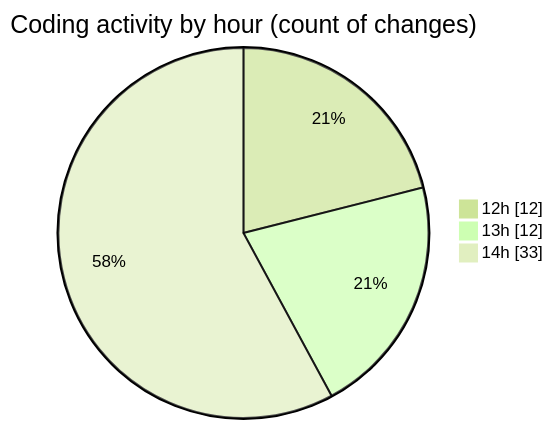
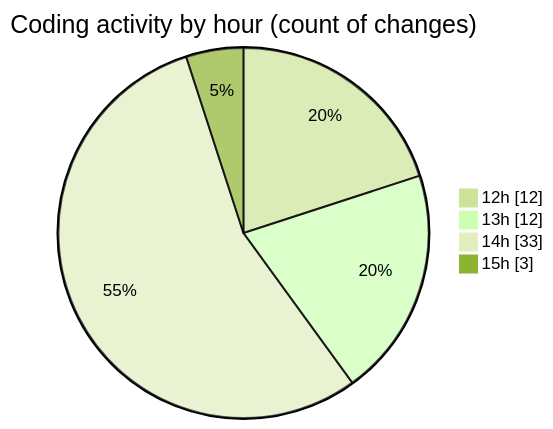
The second of 2 diagrams in 2025-09-24/cda/README.md (momahboobian/code-tracking), drawn with Mermaid (forest theme) before and after one commit. The commit also changed other lines of this file and 1 other file, not shown here.

````diff
--- a/2025-09-24/cda/README.md
+++ b/2025-09-24/cda/README.md
@@ -37,7 +37,8 @@
 ```mermaid
 pie showData
 title Coding activity by hour (count of changes)
 "12h" : 12
 "13h" : 12
 "14h" : 33
+"15h" : 3
 ```
````
